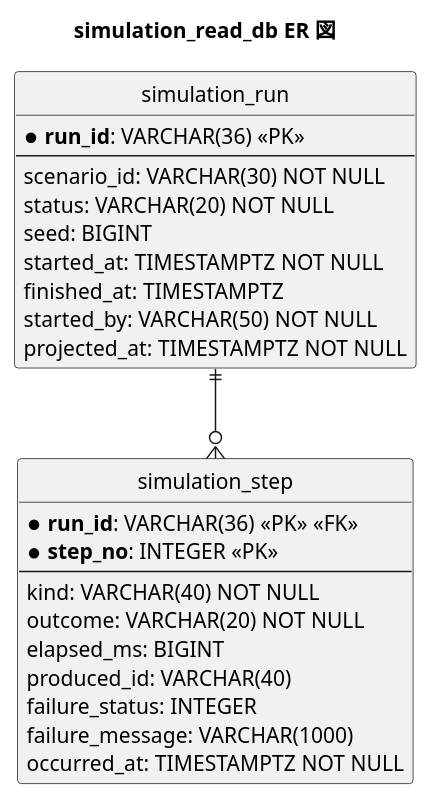
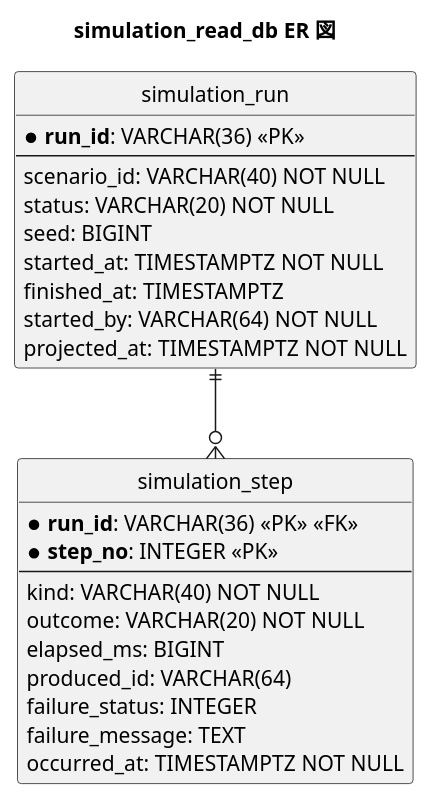
Before and after one commit to k2works/case-study-cargo-tracker: the tenth of 11 diagrams in docs/design/cargo-tracker/data-model.md, drawn with PlantUML. The commit also changed other lines of this file and 22 other files, not shown here.

````diff
--- a/docs/design/cargo-tracker/data-model.md
+++ b/docs/design/cargo-tracker/data-model.md
@@ -855,35 +855,35 @@
 ```plantuml
 @startuml
 title simulation_read_db ER 図
 
 hide circle
 skinparam linetype ortho
 
 entity "simulation_run" as run {
   * **run_id**: VARCHAR(36) <<PK>>
   --
-  scenario_id: VARCHAR(30) NOT NULL
+  scenario_id: VARCHAR(40) NOT NULL
   status: VARCHAR(20) NOT NULL
   seed: BIGINT
   started_at: TIMESTAMPTZ NOT NULL
   finished_at: TIMESTAMPTZ
-  started_by: VARCHAR(50) NOT NULL
+  started_by: VARCHAR(64) NOT NULL
   projected_at: TIMESTAMPTZ NOT NULL
 }
 
 entity "simulation_step" as step {
   * **run_id**: VARCHAR(36) <<PK>> <<FK>>
   * **step_no**: INTEGER <<PK>>
   --
   kind: VARCHAR(40) NOT NULL
   outcome: VARCHAR(20) NOT NULL
   elapsed_ms: BIGINT
-  produced_id: VARCHAR(40)
+  produced_id: VARCHAR(64)
   failure_status: INTEGER
-  failure_message: VARCHAR(1000)
+  failure_message: TEXT
   occurred_at: TIMESTAMPTZ NOT NULL
 }
 
 run ||--o{ step
 @enduml
 ```
````
